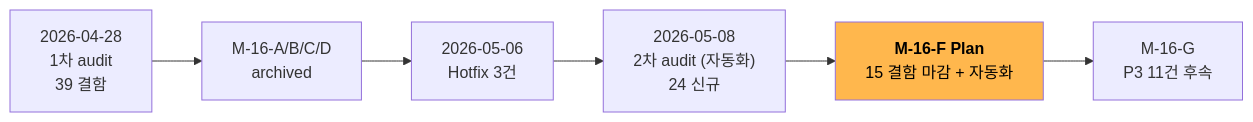
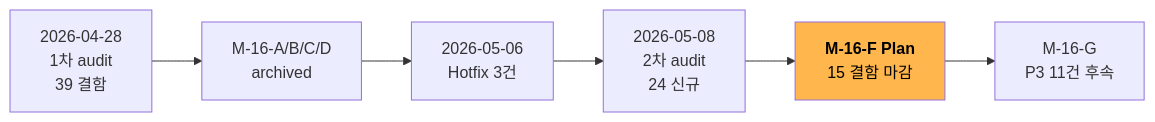
Before and after one commit to solitasroh/ghostwin: the first of 2 diagrams in docs/01-plan/features/m16-f-ui-completion.plan.md, drawn with Mermaid. The commit also changed other lines of this file and 2 other files, not shown here.

````diff
--- a/docs/01-plan/features/m16-f-ui-completion.plan.md
+++ b/docs/01-plan/features/m16-f-ui-completion.plan.md
@@ -44,10 +44,10 @@
 ```mermaid
 flowchart LR
     A28["2026-04-28<br/>1차 audit<br/>39 결함"] --> M["M-16-A/B/C/D<br/>archived"]
     M --> H["2026-05-06<br/>Hotfix 3건"]
-    H --> A08["2026-05-08<br/>2차 audit (자동화)<br/>24 신규"]
-    A08 --> P["<b>M-16-F Plan</b><br/>15 결함 마감 + 자동화"]
+    H --> A08["2026-05-08<br/>2차 audit<br/>24 신규"]
+    A08 --> P["<b>M-16-F Plan</b><br/>15 결함 마감"]
     P --> NEXT["M-16-G<br/>P3 11건 후속"]
 
     style P fill:#FFB74D,color:#000
 ```
````
